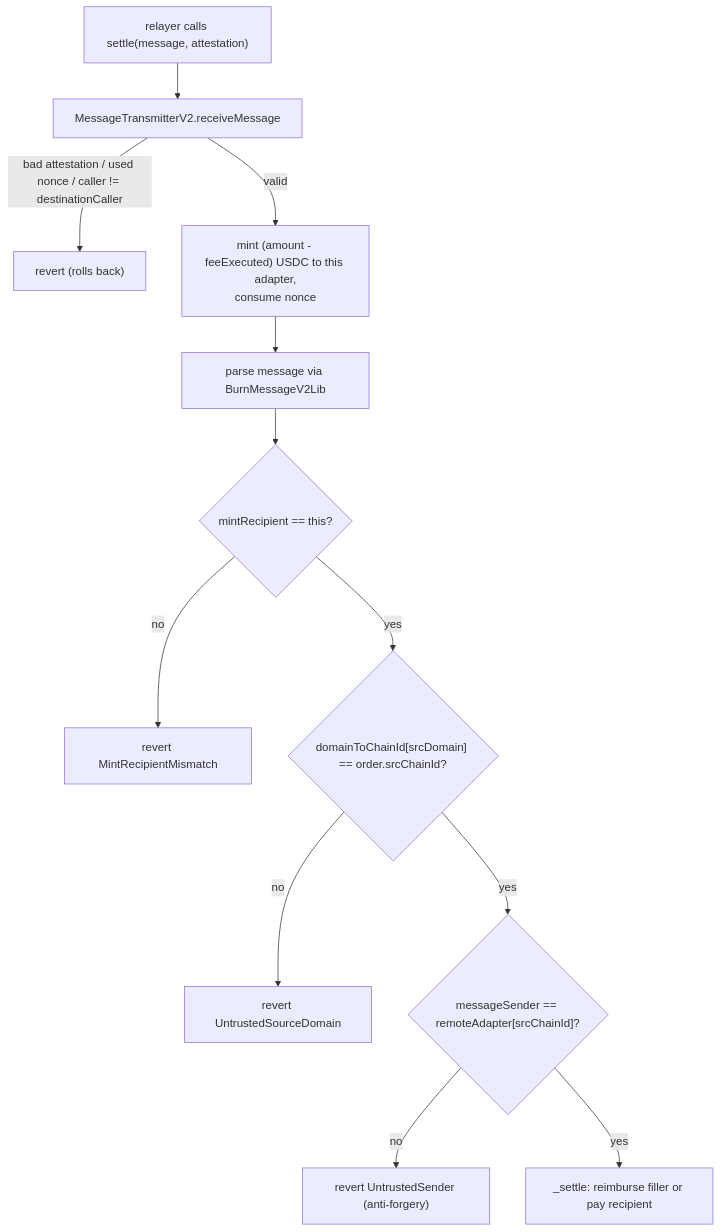
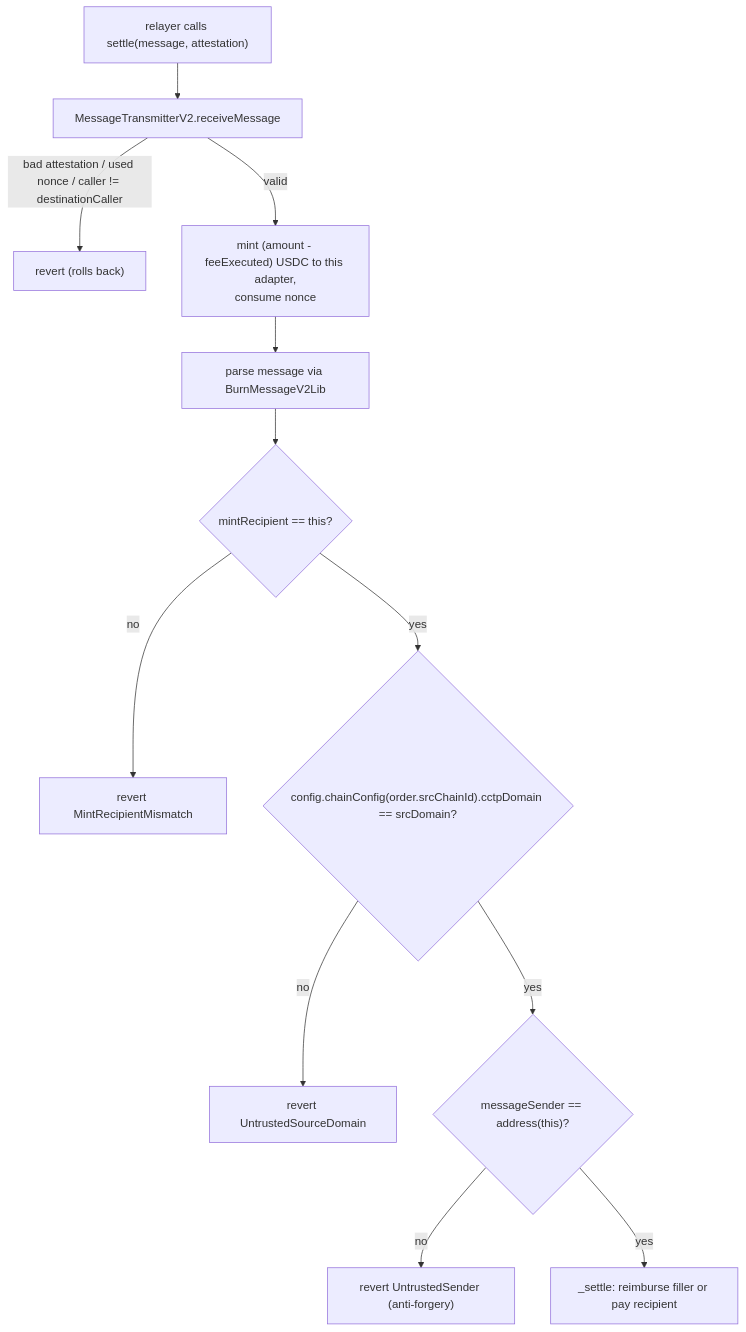
One commit to KaiCode2/fast-fill changed the sixth of 7 diagrams in docs/ARCHITECTURE.md. Above: the diagram before and after it, drawn with Mermaid. The commit also changed other lines of this file and 2 other files, not shown here.

First line of the commit message:
docs: refresh README + ARCHITECTURE for the config registry & permit flows

````diff
--- a/docs/ARCHITECTURE.md
+++ b/docs/ARCHITECTURE.md
@@ -189,14 +193,14 @@
 ```mermaid
 flowchart TB
     M["relayer calls settle(message, attestation)"] --> RM["MessageTransmitterV2.receiveMessage"]
     RM -->|"bad attestation / used nonce / caller != destinationCaller"| REV1["revert (rolls back)"]
     RM -->|"valid"| MINT["mint (amount - feeExecuted) USDC to this adapter,<br/>consume nonce"]
     MINT --> P["parse message via BurnMessageV2Lib"]
     P --> C1{"mintRecipient == this?"}
     C1 -->|no| R2["revert MintRecipientMismatch"]
-    C1 -->|yes| C2{"domainToChainId[srcDomain] == order.srcChainId?"}
+    C1 -->|yes| C2{"config.chainConfig(order.srcChainId).cctpDomain == srcDomain?"}
     C2 -->|no| R3["revert UntrustedSourceDomain"]
-    C2 -->|yes| C3{"messageSender == remoteAdapter[srcChainId]?"}
+    C2 -->|yes| C3{"messageSender == address(this)?"}
     C3 -->|no| R4["revert UntrustedSender (anti-forgery)"]
     C3 -->|yes| OK["_settle: reimburse filler or pay recipient"]
 ```
````
